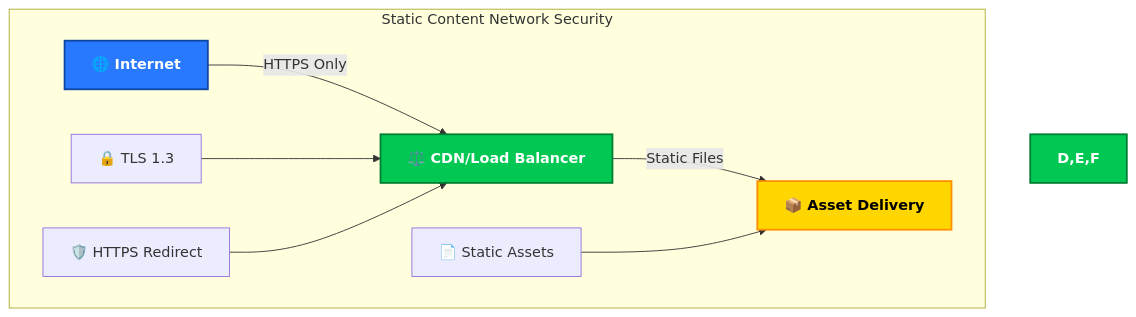
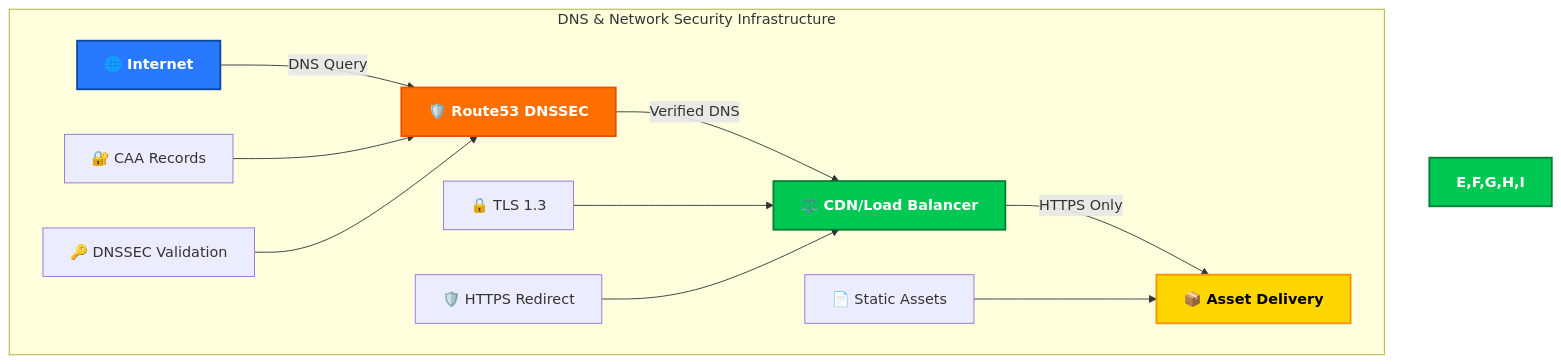
The fifth of 23 diagrams in SECURITY_ARCHITECTURE.md (Hack23/blacktrigram), drawn with Mermaid before and after one commit. The commit also changed other lines of this file, not shown here.

Commit message:
docs: enhance network security section with DNSSEC and CAA details

````diff
--- a/SECURITY_ARCHITECTURE.md
+++ b/SECURITY_ARCHITECTURE.md
@@ -198,16 +198,20 @@
 ```mermaid
 graph TD
-    subgraph "Static Content Network Security"
-        A[🌐 Internet] -->|"HTTPS Only"| B[⚖️ CDN/Load Balancer]
-        B -->|"Static Files"| C[📦 Asset Delivery]
+    subgraph "DNS & Network Security Infrastructure"
+        A[🌐 Internet] -->|"DNS Query"| B[🛡️ Route53 DNSSEC]
+        B -->|"Verified DNS"| C[⚖️ CDN/Load Balancer]
+        C -->|"HTTPS Only"| D[📦 Asset Delivery]
 
-        D[🔒 TLS 1.3] --> B
-        E[🛡️ HTTPS Redirect] --> B
-        F[📄 Static Assets] --> C
+        E[🔒 TLS 1.3] --> C
+        F[🛡️ HTTPS Redirect] --> C
+        G[📄 Static Assets] --> D
+        H[🔐 CAA Records] --> B
+        I[🔑 DNSSEC Validation] --> B
     end
 
     style A fill:#2979FF,stroke:#0D47A1,stroke-width:2px,color:white,font-weight:bold
-    style B fill:#00C853,stroke:#007E33,stroke-width:2px,color:white,font-weight:bold
-    style C fill:#FFD600,stroke:#FF8F00,stroke-width:2px,color:black,font-weight:bold
-    style D,E,F fill:#00C853,stroke:#007E33,stroke-width:2px,color:white,font-weight:bold
+    style B fill:#FF6F00,stroke:#E65100,stroke-width:2px,color:white,font-weight:bold
+    style C fill:#00C853,stroke:#007E33,stroke-width:2px,color:white,font-weight:bold
+    style D fill:#FFD600,stroke:#FF8F00,stroke-width:2px,color:black,font-weight:bold
+    style E,F,G,H,I fill:#00C853,stroke:#007E33,stroke-width:2px,color:white,font-weight:bold
 ```
````
